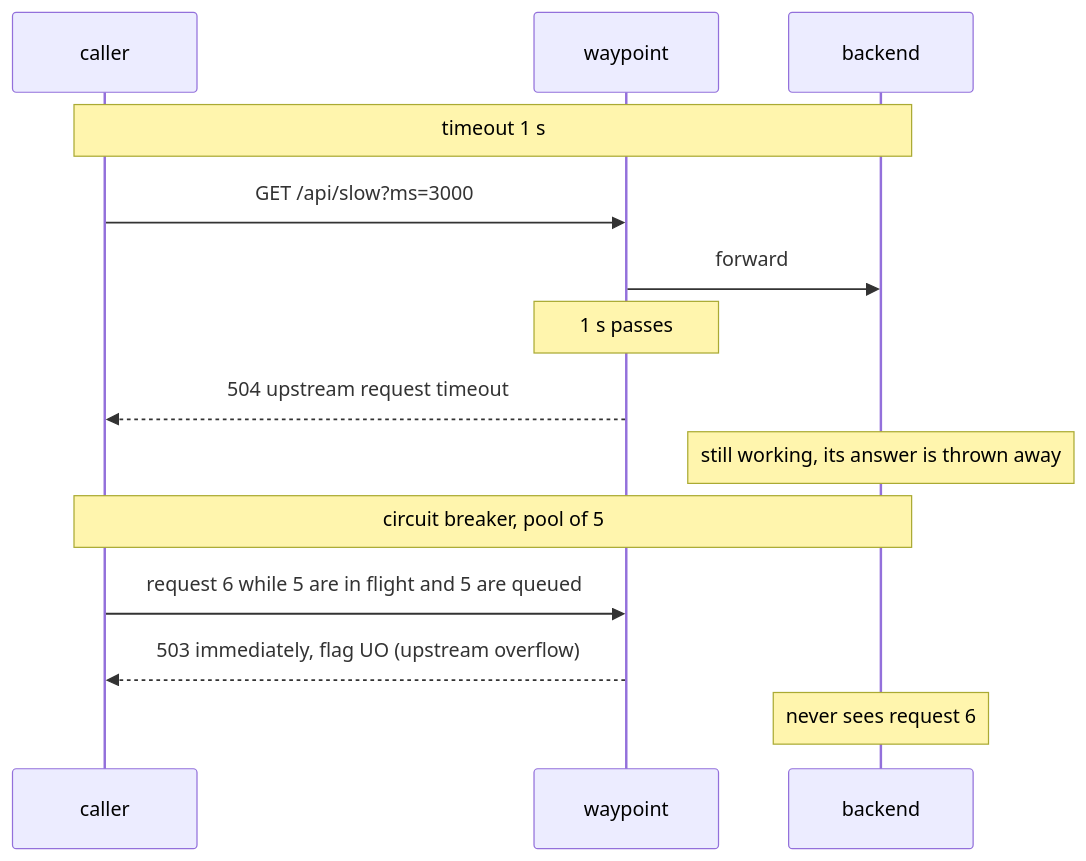
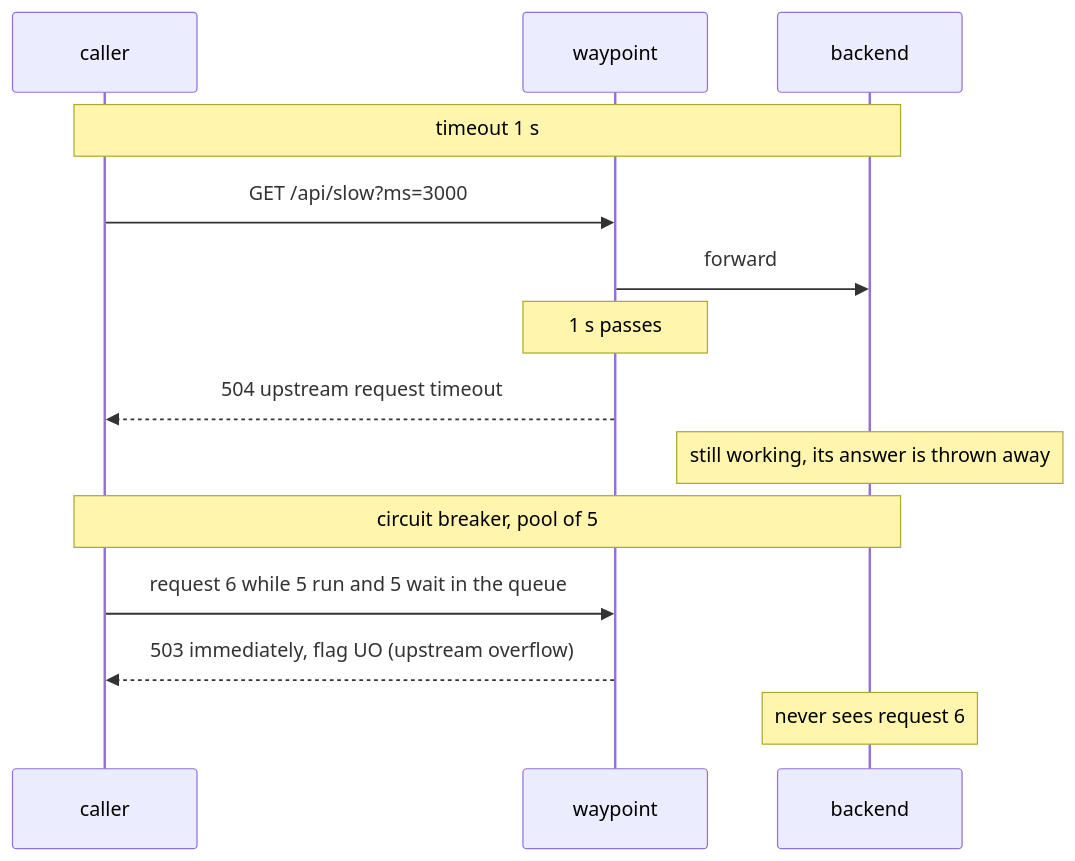
The diagram in course/05-resilience.md (miekuskamil/k8s_lab_macos), drawn with Mermaid before and after one commit. The commit also changed other lines of this file and 38 other files, not shown here.

````diff
--- a/course/05-resilience.md
+++ b/course/05-resilience.md
@@ -16,16 +18,16 @@
 ```mermaid
 sequenceDiagram
   participant C as caller
   participant W as waypoint
   participant B as backend
   Note over C,B: timeout 1 s
   C->>W: GET /api/slow?ms=3000
   W->>B: forward
   Note over W: 1 s passes
   W-->>C: 504 upstream request timeout
   Note over B: still working, its answer is thrown away
   Note over C,B: circuit breaker, pool of 5
-  C->>W: request 6 while 5 are in flight and 5 are queued
+  C->>W: request 6 while 5 run and 5 wait in the queue
   W-->>C: 503 immediately, flag UO (upstream overflow)
   Note over B: never sees request 6
 ```
````
